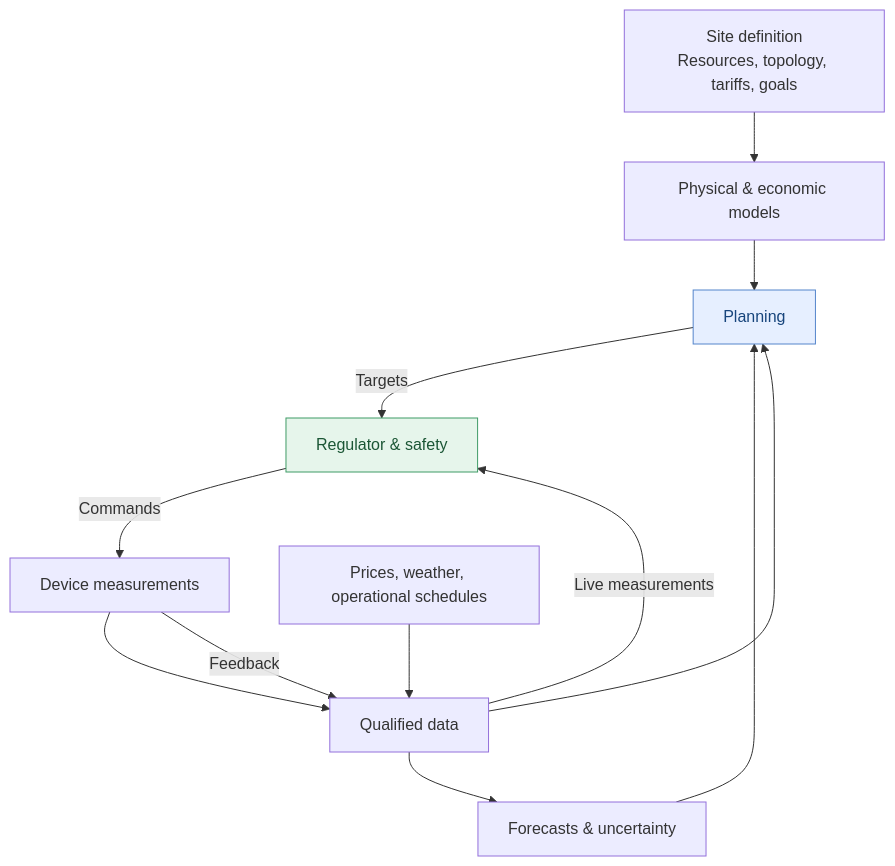
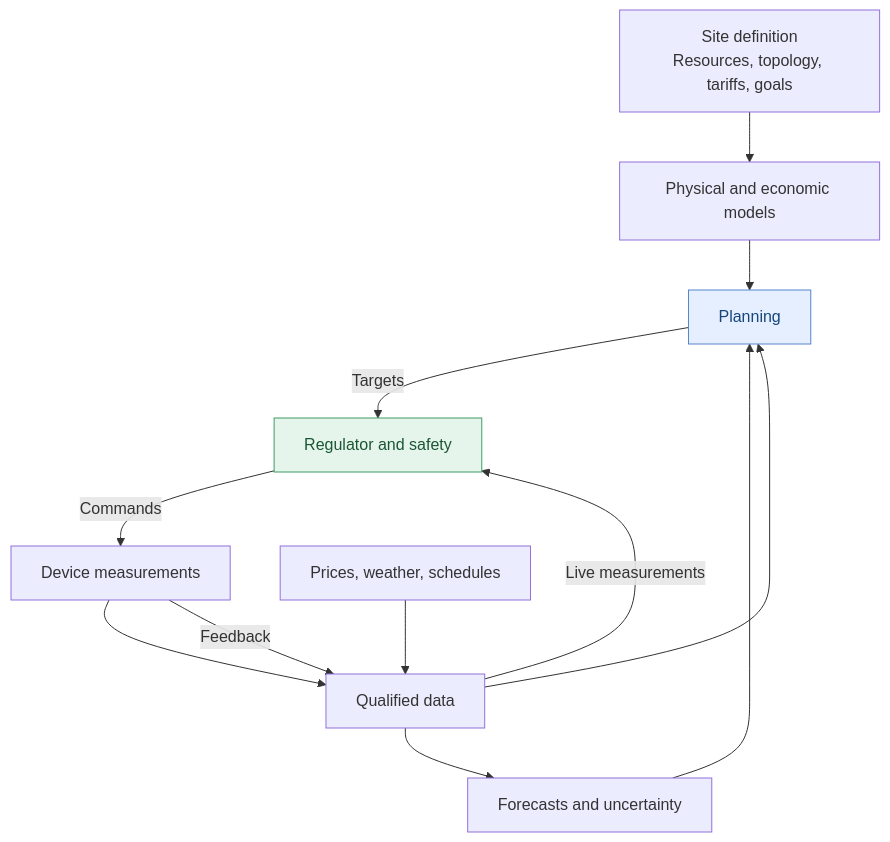
Before and after one commit to hugoenglund-wq/BEMS-public-preview: the first of 4 diagrams in docs/architecture.md, drawn with Mermaid. The commit also changed other lines of this file, not shown here.

Commit message:
Rewrite architecture in direct, personal engineering voice

````diff
--- a/docs/architecture.md
+++ b/docs/architecture.md
@@ -19,18 +21,18 @@
 ```mermaid
 flowchart TB
-    Site["Site definition<br/>Resources, topology, tariffs, goals"] --> Models["Physical & economic models"]
+    Site["Site definition<br/>Resources, topology, tariffs, goals"] --> Models["Physical and economic models"]
     Devices["Device measurements"] --> Data["Qualified data"]
-    Context["Prices, weather, operational schedules"] --> Data
-    Data --> Forecast["Forecasts & uncertainty"]
+    Context["Prices, weather, schedules"] --> Data
+    Data --> Forecast["Forecasts and uncertainty"]
     Data --> Planning["Planning"]
     Forecast --> Planning
     Models --> Planning
-    Planning -->|"Targets"| Safety["Regulator & safety"]
+    Planning -->|"Targets"| Safety["Regulator and safety"]
     Data -->|"Live measurements"| Safety
     Safety -->|"Commands"| Devices
     Devices -->|"Feedback"| Data
     classDef plan fill:#e6efff,stroke:#5485cb,color:#17457c
     classDef safe fill:#e6f5eb,stroke:#3f9b66,color:#1b5635
     class Planning plan
     class Safety safe
 ```
````
